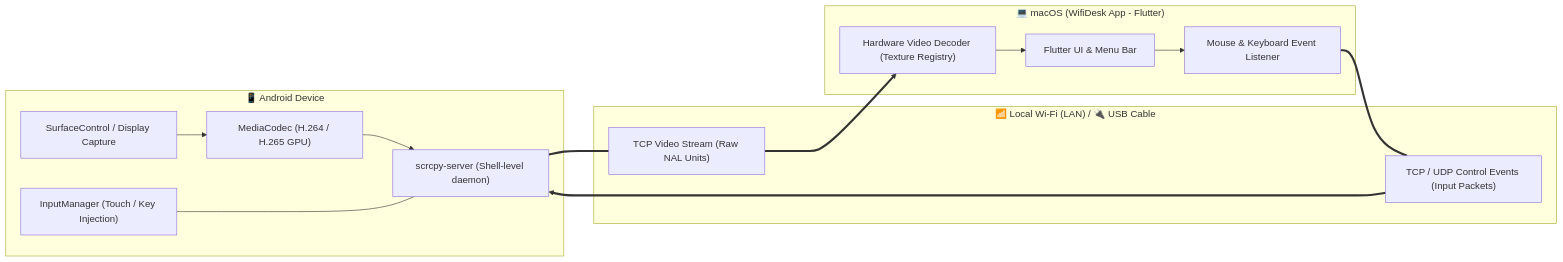
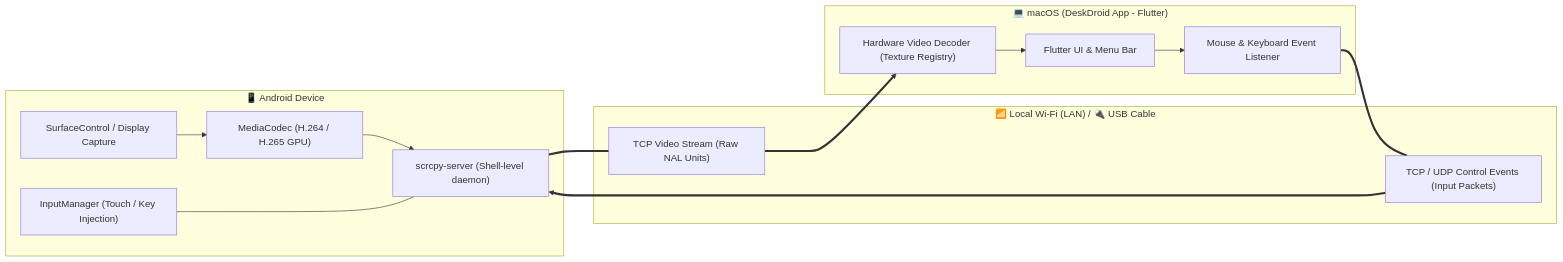
Before and after one commit to az-coder-123/azdroid: the diagram in README.md, drawn with Mermaid. The commit also changed other lines of this file and 319 other files, not shown here.

Commit message:
refactor(branding): rename project from WifiDesk to DeskDroid across package, macOS config, and documentation

````diff
--- a/README.md
+++ b/README.md
@@ -83,21 +83,21 @@
 ```mermaid
 flowchart LR
     subgraph AndroidDevice ["📱 Android Device"]
         A1["SurfaceControl / Display Capture"] --> A2["MediaCodec (H.264 / H.265 GPU)"]
         A2 --> A3["scrcpy-server (Shell-level daemon)"]
         A4["InputManager (Touch / Key Injection)"] <--- A3
     end
 
     subgraph Transport ["📶 Local Wi-Fi (LAN) / 🔌 USB Cable"]
         V_STREAM["TCP Video Stream (Raw NAL Units)"]
         C_SOCKET["TCP / UDP Control Events (Input Packets)"]
     end
 
-    subgraph MacApp ["💻 macOS (WifiDesk App - Flutter)"]
+    subgraph MacApp ["💻 macOS (DeskDroid App - Flutter)"]
         M1["Flutter UI & Menu Bar"] --> M2["Mouse & Keyboard Event Listener"]
         M3["Hardware Video Decoder (Texture Registry)"] --> M1
     end
 
     A3 === V_STREAM ===> M3
     M2 === C_SOCKET ===> A3
 ```
````
